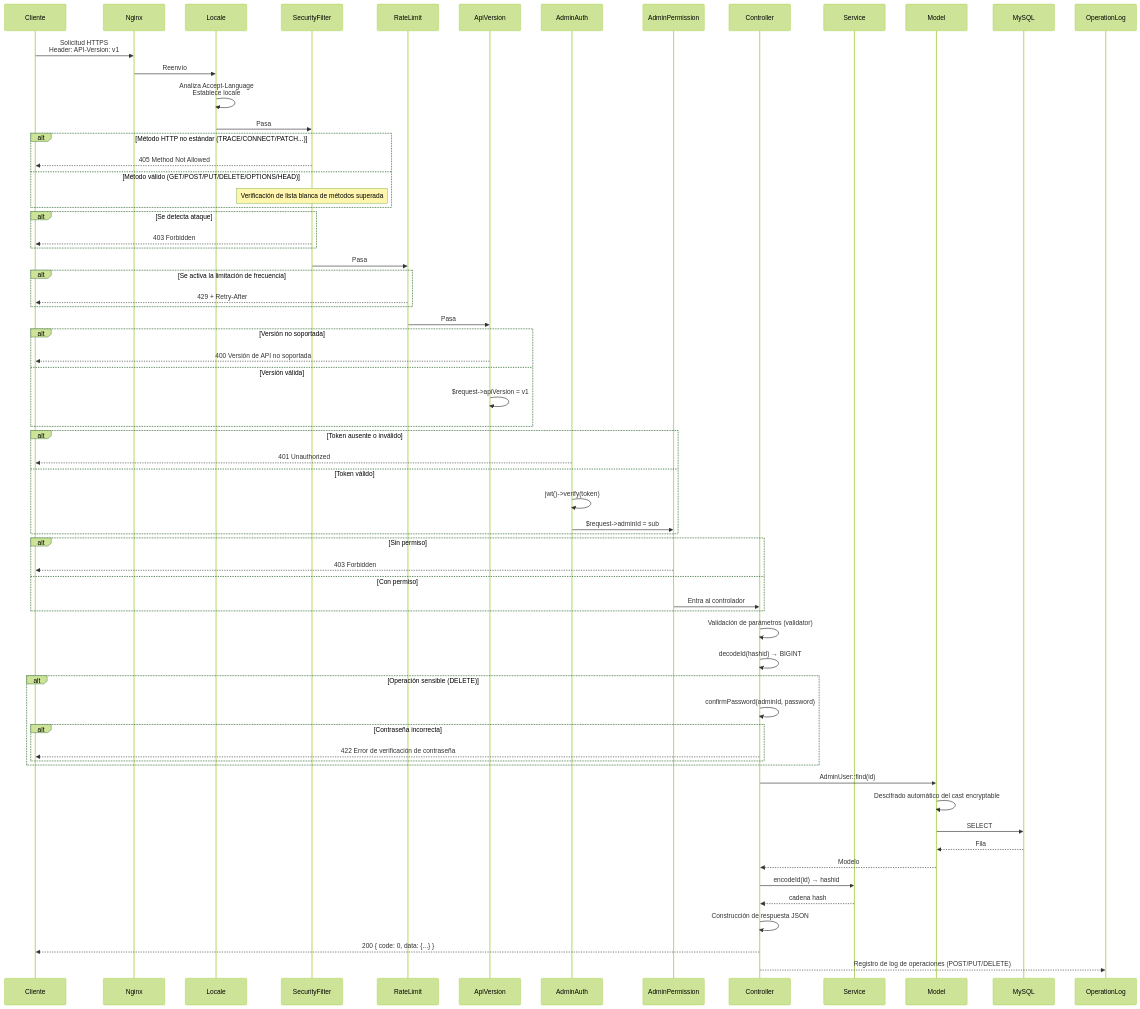
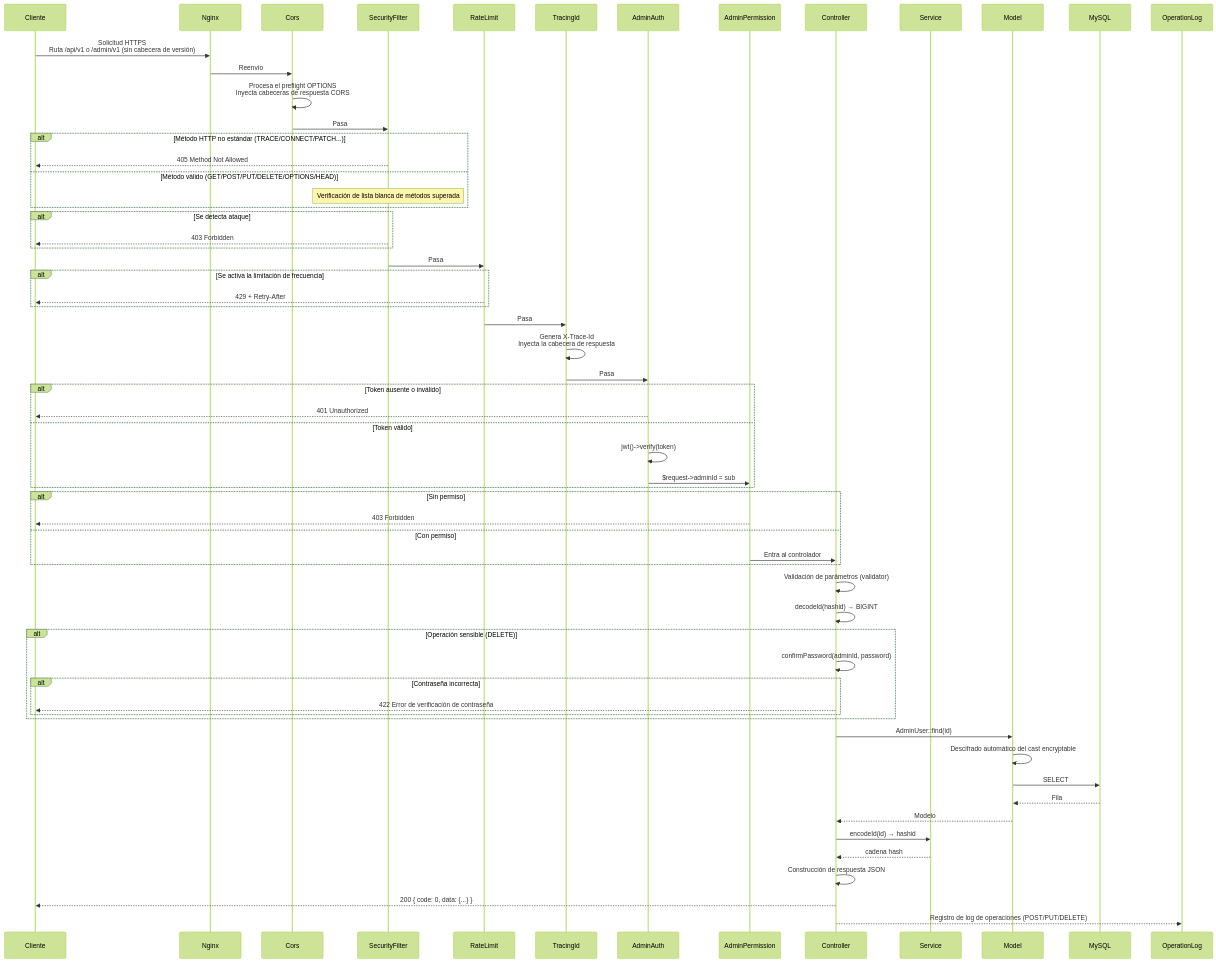
The third of 20 diagrams in docs/i18n/es/ARCHITECTURE.md (erikwang2013/erp-php), drawn with Mermaid (forest theme) before and after one commit. The commit also changed other lines of this file and 325 other files, not shown here.

````diff
--- a/docs/i18n/es/ARCHITECTURE.md
+++ b/docs/i18n/es/ARCHITECTURE.md
@@ -157,81 +180,77 @@
 ```mermaid
 sequenceDiagram
     participant C as Cliente
     participant N as Nginx
-    participant MW_LOC as Locale
+    participant MW_CR as Cors
     participant MW_SF as SecurityFilter
     participant MW_RL as RateLimit
-    participant MW0 as ApiVersion
+    participant MW_TID as TracingId
     participant MW1 as AdminAuth
     participant MW2 as AdminPermission
     participant CTL as Controller
     participant SVC as Service
     participant MDL as Model
     participant DB as MySQL
     participant OPLOG as OperationLog
 
-    C->>N: Solicitud HTTPS<br/>Header: API-Version: v1
-    N->>MW_LOC: Reenvío
-    MW_LOC->>MW_LOC: Analiza Accept-Language<br/>Establece locale
-    MW_LOC->>MW_SF: Pasa
+    C->>N: Solicitud HTTPS<br/>Ruta /api/v1 o /admin/v1 (sin cabecera de versión)
+    N->>MW_CR: Reenvío
+    MW_CR->>MW_CR: Procesa el preflight OPTIONS<br/>Inyecta cabeceras de respuesta CORS
+    MW_CR->>MW_SF: Pasa
 
     alt Método HTTP no estándar (TRACE/CONNECT/PATCH...)
         MW_SF-->>C: 405 Method Not Allowed
     else Método válido (GET/POST/PUT/DELETE/OPTIONS/HEAD)
         Note over MW_SF: Verificación de lista blanca de métodos superada
     end
 
     alt Se detecta ataque
         MW_SF-->>C: 403 Forbidden
     end
 
     MW_SF->>MW_RL: Pasa
 
     alt Se activa la limitación de frecuencia
         MW_RL-->>C: 429 + Retry-After
     end
 
-    MW_RL->>MW0: Pasa
-
-    alt Versión no soportada
-        MW0-->>C: 400 Versión de API no soportada
-    else Versión válida
-        MW0->>MW0: $request->apiVersion = v1
-    end
+    MW_RL->>MW_TID: Pasa
+    MW_TID->>MW_TID: Genera X-Trace-Id<br/>Inyecta la cabecera de respuesta
+    MW_TID->>MW1: Pasa
 
     alt Token ausente o inválido
         MW1-->>C: 401 Unauthorized
     else Token válido
         MW1->>MW1: jwt()->verify(token)
         MW1->>MW2: $request->adminId = sub
     end
 
     alt Sin permiso
         MW2-->>C: 403 Forbidden
     else Con permiso
         MW2->>CTL: Entra al controlador
     end
 
     CTL->>CTL: Validación de parámetros (validator)
     CTL->>CTL: decodeId(hashid) → BIGINT
 
     alt Operación sensible (DELETE)
         CTL->>CTL: confirmPassword(adminId, password)
         alt Contraseña incorrecta
             CTL-->>C: 422 Error de verificación de contraseña
         end
     end
 
     CTL->>MDL: AdminUser::find(id)
     MDL->>MDL: Descifrado automático del cast encryptable
     MDL->>DB: SELECT
     DB-->>MDL: Fila
     MDL-->>CTL: Modelo
 
     CTL->>SVC: encodeId(id) → hashid
     SVC-->>CTL: cadena hash
 
     CTL->>CTL: Construcción de respuesta JSON
     CTL-->>C: 200 { code: 0, data: {...} }
     CTL-->>OPLOG: Registro de log de operaciones (POST/PUT/DELETE)
 ```
````
